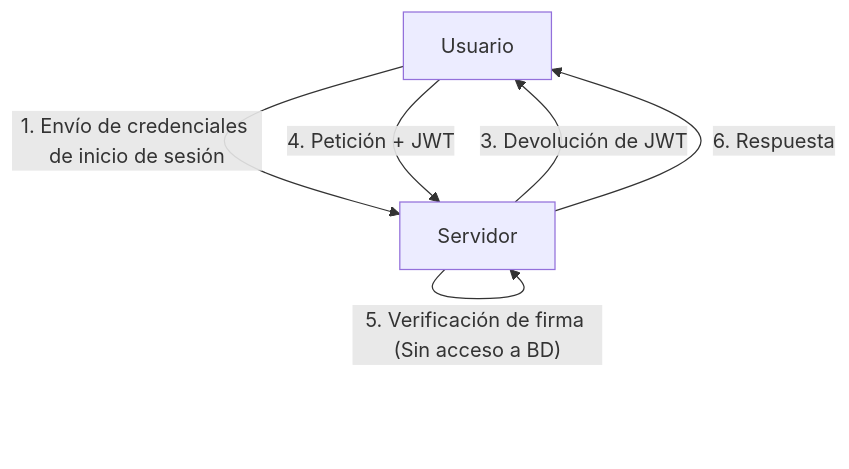
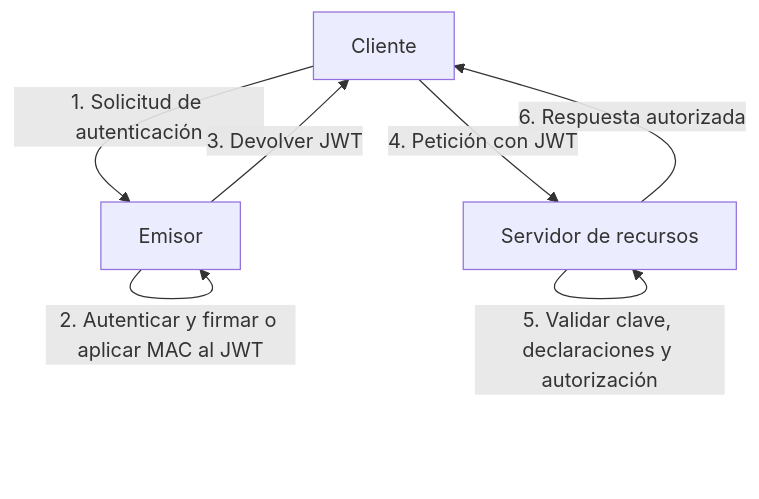
Before and after one commit to kenjinote/blog: the second of 3 diagrams in content/post/jwt-json-web-token-security-risks/index.es.md, drawn with Mermaid. The commit also changed other lines of this file and 5 other files, not shown here.

Commit message:
Proofread Spanish and Korean JWT security explanations and token flows

````diff
--- a/content/post/jwt-json-web-token-security-risks/index.es.md
+++ b/content/post/jwt-json-web-token-security-risks/index.es.md
@@ -47,9 +42,9 @@
 ```mermaid
 graph TD
-    A["Usuario"] -- "1. Envío de credenciales de inicio de sesión" --> B["Servidor"]
-    B -- "2. Verificación y generación de JWT (Firma)" --> B
-    B -- "3. Devolución de JWT" --> A
-    A -- "4. Petición + JWT" --> B
-    B -- "5. Verificación de firma (Sin acceso a BD)" --> B
-    B -- "6. Respuesta" --> A
+    A["Cliente"] -- "1. Solicitud de autenticación" --> B["Emisor"]
+    B -- "2. Autenticar y firmar o aplicar MAC al JWT" --> B
+    B -- "3. Devolver JWT" --> A
+    A -- "4. Petición con JWT" --> C["Servidor de recursos"]
+    C -- "5. Validar clave, declaraciones y autorización" --> C
+    C -- "6. Respuesta autorizada" --> A
 ```
````
